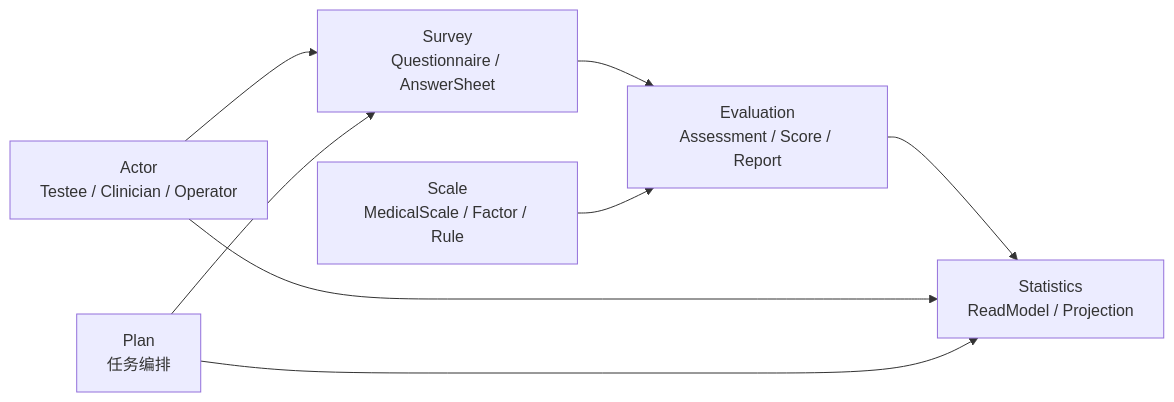
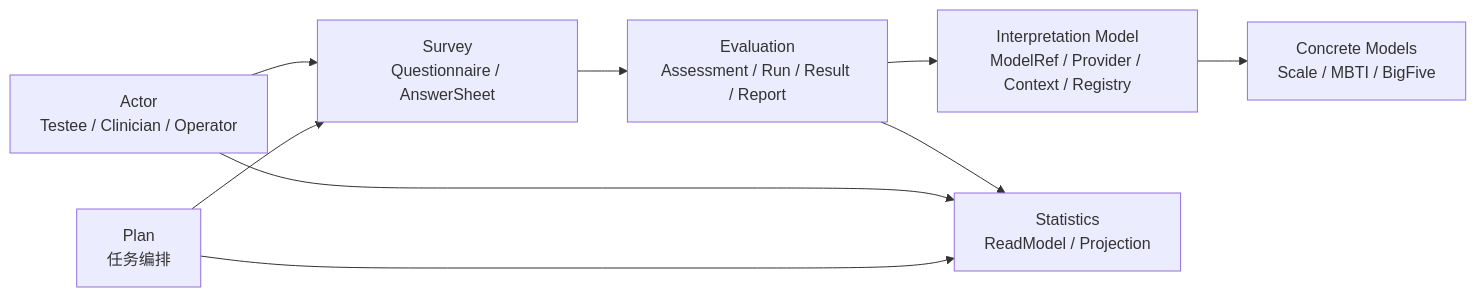
One commit to FangcunMount/qs-server changed the third of 3 diagrams in README.md. Above: the diagram before and after it, drawn with Mermaid. The commit also changed other lines of this file and 25 other files, not shown here.

````diff
--- a/README.md
+++ b/README.md
@@ -138,17 +198,19 @@
 ```mermaid
 flowchart LR
     Actor["Actor<br/>Testee / Clinician / Operator"]
     Plan["Plan<br/>任务编排"]
     Survey["Survey<br/>Questionnaire / AnswerSheet"]
-    Scale["Scale<br/>MedicalScale / Factor / Rule"]
-    Evaluation["Evaluation<br/>Assessment / Score / Report"]
+    IM["Interpretation Model<br/>ModelRef / Provider / Context / Registry"]
+    Models["Concrete Models<br/>Scale / MBTI / BigFive"]
+    Evaluation["Evaluation<br/>Assessment / Run / Result / Report"]
     Statistics["Statistics<br/>ReadModel / Projection"]
 
     Actor --> Survey
     Plan --> Survey
     Survey --> Evaluation
-    Scale --> Evaluation
+    Evaluation --> IM
+    IM --> Models
     Evaluation --> Statistics
     Actor --> Statistics
     Plan --> Statistics
 ```
````
